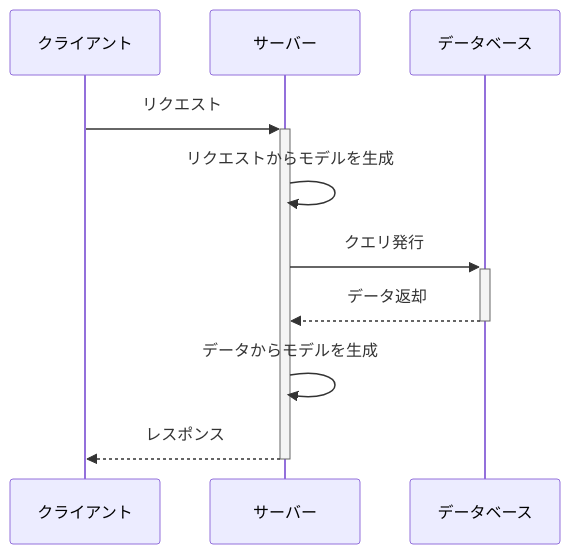
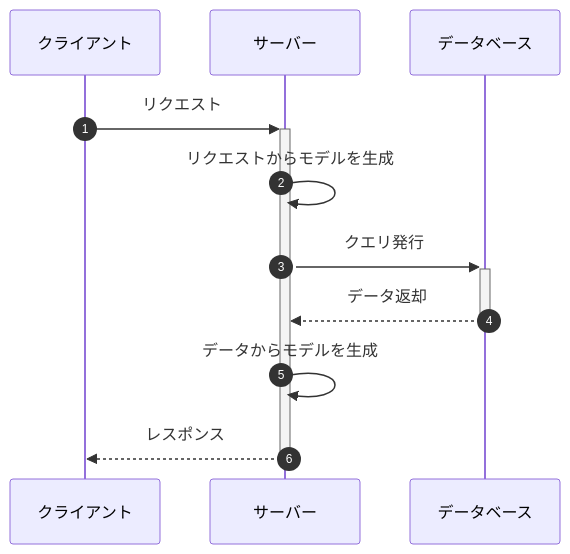
Before and after one commit to noritama73/basic-http-server: the first of 3 diagrams in docs/slide/slide.md, drawn with Mermaid. The commit also changed other lines of this file and 4 other files, not shown here.

```diff
--- a/docs/slide/slide.md
+++ b/docs/slide/slide.md
@@ -135,13 +145,14 @@
 <pre class="mermaid">
 sequenceDiagram
+    autonumber
     participant Client as クライアント
     participant WebServer as サーバー
     participant Database as データベース
 
     Client->>+WebServer: リクエスト
     WebServer->>WebServer: リクエストからモデルを生成
     WebServer->>+Database: クエリ発行
     Database-->>-WebServer: データ返却
     WebServer->>WebServer: データからモデルを生成
     WebServer-->>-Client: レスポンス
 </pre>
```
